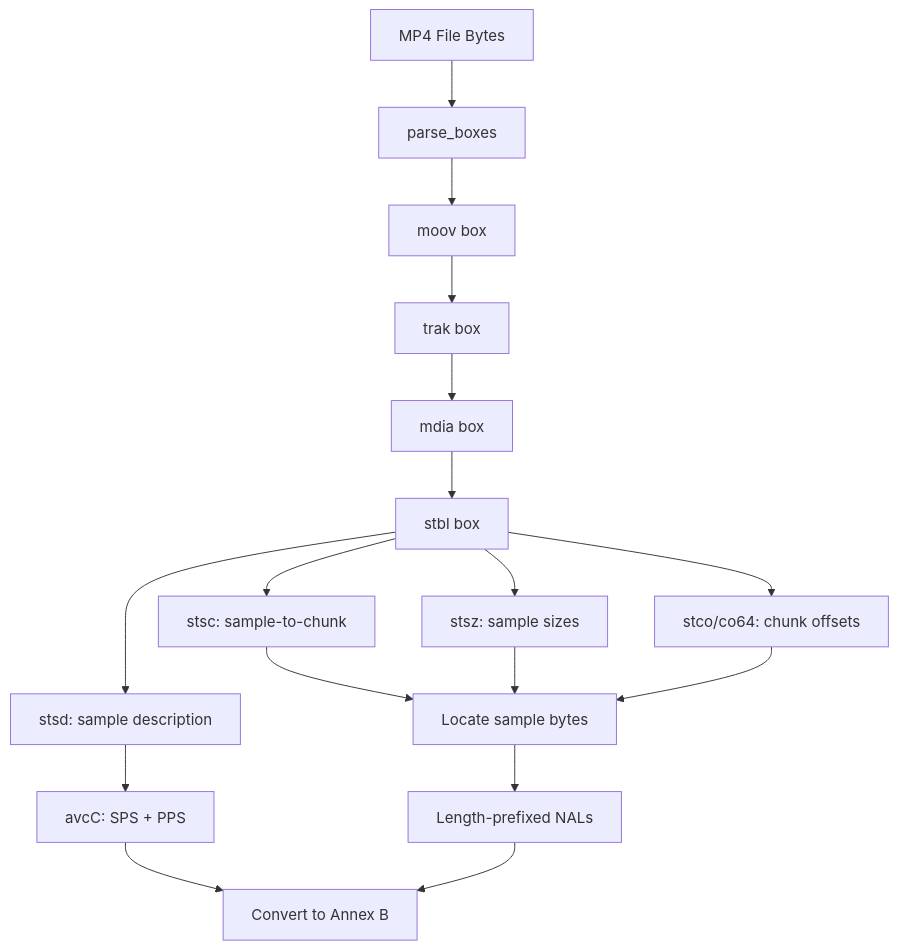
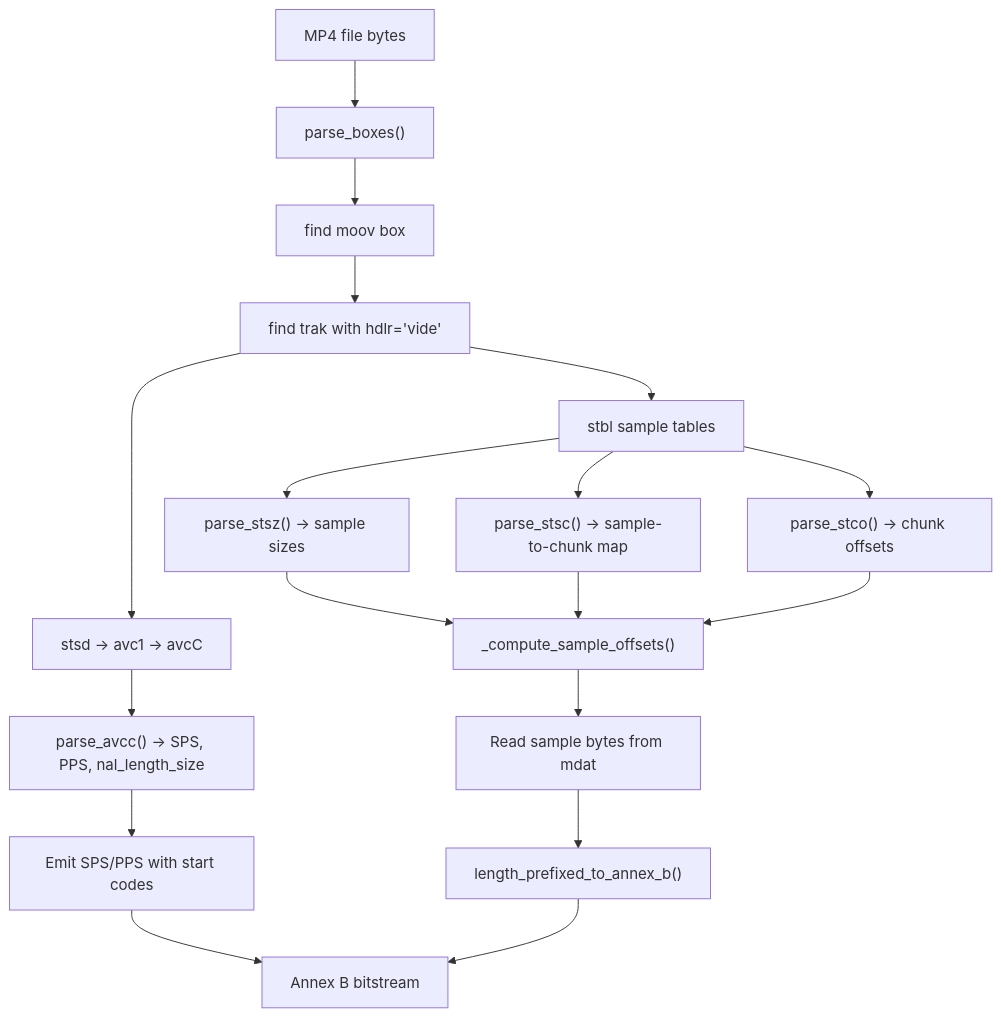
The second of 2 diagrams in container/README.md (abhiksark/python-h264-scratch), drawn with Mermaid before and after one commit. The commit also changed other lines of this file and 13 other files, not shown here.

````diff
--- a/container/README.md
+++ b/container/README.md
@@ -28,19 +89,20 @@
 ```mermaid
 flowchart TD
-    FILE[MP4 File Bytes] --> PB[parse_boxes]
-    PB --> MOOV[moov box]
-    MOOV --> TRAK[trak box]
-    TRAK --> MDIA[mdia box]
-    MDIA --> STBL[stbl box]
-    STBL --> STSC[stsc: sample-to-chunk]
-    STBL --> STSZ[stsz: sample sizes]
-    STBL --> STCO["stco/co64: chunk offsets"]
-    STBL --> STSD["stsd: sample description"]
-    STSD --> AVCC["avcC: SPS + PPS"]
-    AVCC --> ANNEXB["Convert to Annex B"]
-    STSC --> LOC["Locate sample bytes"]
-    STSZ --> LOC
+    FILE["MP4 file bytes"] --> PB["parse_boxes()"]
+    PB --> MOOV["find moov box"]
+    MOOV --> TRAK["find trak with hdlr='vide'"]
+    TRAK --> STSD["stsd -> avc1 -> avcC"]
+    TRAK --> STBL["stbl sample tables"]
+    STSD --> AVCC["parse_avcc() -> SPS, PPS, nal_length_size"]
+    STBL --> STSZ["parse_stsz() -> sample sizes"]
+    STBL --> STSC["parse_stsc() -> sample-to-chunk map"]
+    STBL --> STCO["parse_stco() -> chunk offsets"]
+    STSZ --> LOC["_compute_sample_offsets()"]
+    STSC --> LOC
     STCO --> LOC
-    LOC --> NALS["Length-prefixed NALs"]
-    NALS --> ANNEXB
+    LOC --> READ["Read sample bytes from mdat"]
+    READ --> CONV["length_prefixed_to_annex_b()"]
+    AVCC --> HDR["Emit SPS/PPS with start codes"]
+    HDR --> OUT["Annex B bitstream"]
+    CONV --> OUT
 ```
````
